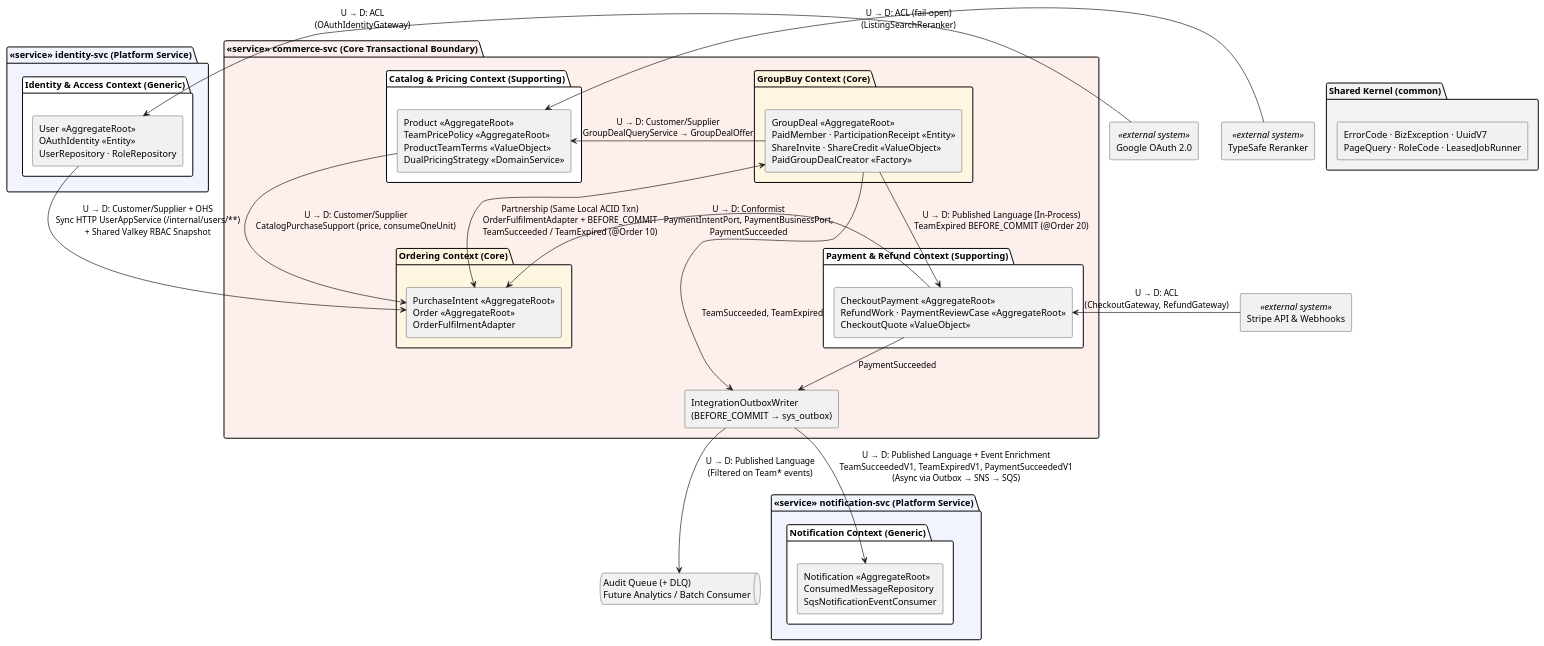
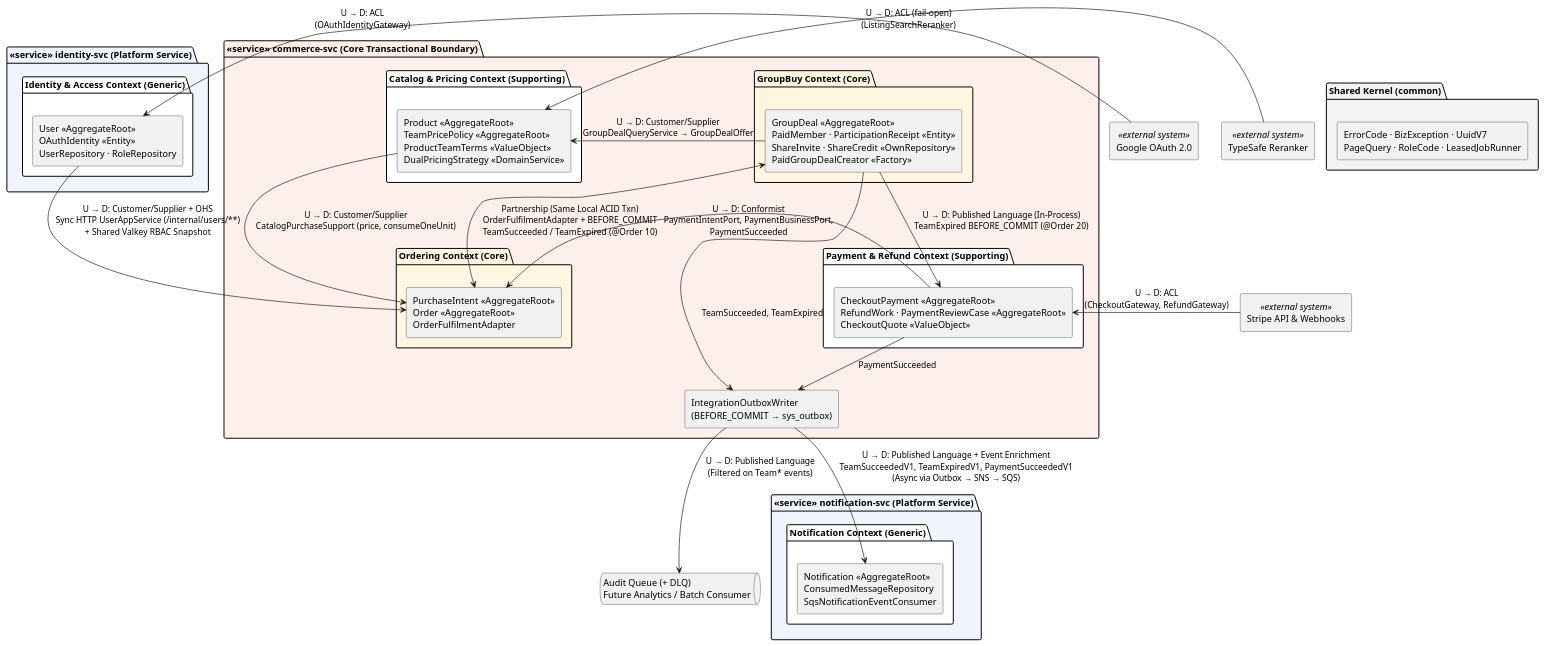
One commit to PPsyrius/iss-groupbuy-team8 changed the diagram in docs/swe5001/report/diagrams/d4-context-map.puml. Above: the diagram before and after it, drawn with PlantUML. The commit also changed 848 other files, not shown here.

```diff
--- a/docs/swe5001/report/diagrams/d4-context-map.puml
+++ b/docs/swe5001/report/diagrams/d4-context-map.puml
@@ -1,57 +1,57 @@
 @startuml d4-context-map
 skinparam componentStyle rectangle
 skinparam Shadowing false
 
 package "«service» identity-svc (Platform Service)" #F1F4FD {
   package "Identity & Access Context (Generic)" #FFFFFF {
     [User «AggregateRoot»\nOAuthIdentity «Entity»\nUserRepository · RoleRepository] as IDN
   }
 }
 
 package "«service» commerce-svc (Core Transactional Boundary)" #FDEFEC {
   package "Catalog & Pricing Context (Supporting)" #FFFFFF {
     [Product «AggregateRoot»\nTeamPricePolicy «AggregateRoot»\nProductTeamTerms «ValueObject»\nDualPricingStrategy «DomainService»] as CAT
   }
   package "GroupBuy Context (Core)" #FFF6E2 {
-    [GroupDeal «AggregateRoot»\nPaidMember · ParticipationReceipt «Entity»\nShareInvite · ShareCredit «ValueObject»\nPaidGroupDealCreator «Factory»] as GB
+    [GroupDeal «AggregateRoot»\nPaidMember · ParticipationReceipt «Entity»\nShareInvite · ShareCredit «OwnRepository»\nPaidGroupDealCreator «Factory»] as GB
   }
   package "Ordering Context (Core)" #FFF6E2 {
     [PurchaseIntent «AggregateRoot»\nOrder «AggregateRoot»\nOrderFulfilmentAdapter] as ORD
   }
   package "Payment & Refund Context (Supporting)" #FFFFFF {
     [CheckoutPayment «AggregateRoot»\nRefundWork · PaymentReviewCase «AggregateRoot»\nCheckoutQuote «ValueObject»] as PAY
   }
   [IntegrationOutboxWriter\n(BEFORE_COMMIT → sys_outbox)] as OUTBOX
 }
 
 package "«service» notification-svc (Platform Service)" #F1F4FD {
   package "Notification Context (Generic)" #FFFFFF {
     [Notification «AggregateRoot»\nConsumedMessageRepository\nSqsNotificationEventConsumer] as NOTIF
   }
 }
 
 package "Shared Kernel (common)" #F3F3F3 {
   [ErrorCode · BizException · UuidV7\nPageQuery · RoleCode · LeasedJobRunner] as SK
 }
 
 [Google OAuth 2.0] <<external system>> as GOOGLE
 [TypeSafe Reranker] <<external system>> as TYPESAFE
 [Stripe API & Webhooks] <<external system>> as STRIPE
 queue "Audit Queue (+ DLQ)\nFuture Analytics / Batch Consumer" as AUDIT
 
 GOOGLE -left-> IDN : U → D: ACL\n(OAuthIdentityGateway)
 TYPESAFE -left-> CAT : U → D: ACL (fail-open)\n(ListingSearchReranker)
 STRIPE -left-> PAY : U → D: ACL\n(CheckoutGateway, RefundGateway)
 
 IDN -down-> ORD : U → D: Customer/Supplier + OHS\nSync HTTP UserAppService (/internal/users/**)\n+ Shared Valkey RBAC Snapshot
 CAT -down-> ORD : U → D: Customer/Supplier\nCatalogPurchaseSupport (price, consumeOneUnit)
 GB -left-> CAT : U → D: Customer/Supplier\nGroupDealQueryService → GroupDealOffer
 GB <--> ORD : Partnership (Same Local ACID Txn)\nOrderFulfilmentAdapter + BEFORE_COMMIT\nTeamSucceeded / TeamExpired (@Order 10)
 PAY -left-> ORD : U → D: Conformist\nPaymentIntentPort, PaymentBusinessPort,\nPaymentSucceeded
 GB -down-> PAY : U → D: Published Language (In-Process)\nTeamExpired BEFORE_COMMIT (@Order 20)
 
 GB --> OUTBOX : TeamSucceeded, TeamExpired
 PAY --> OUTBOX : PaymentSucceeded
 OUTBOX -down-> NOTIF : U → D: Published Language + Event Enrichment\nTeamSucceededV1, TeamExpiredV1, PaymentSucceededV1\n(Async via Outbox → SNS → SQS)
 OUTBOX -down-> AUDIT : U → D: Published Language\n(Filtered on Team* events)
 @enduml
```
